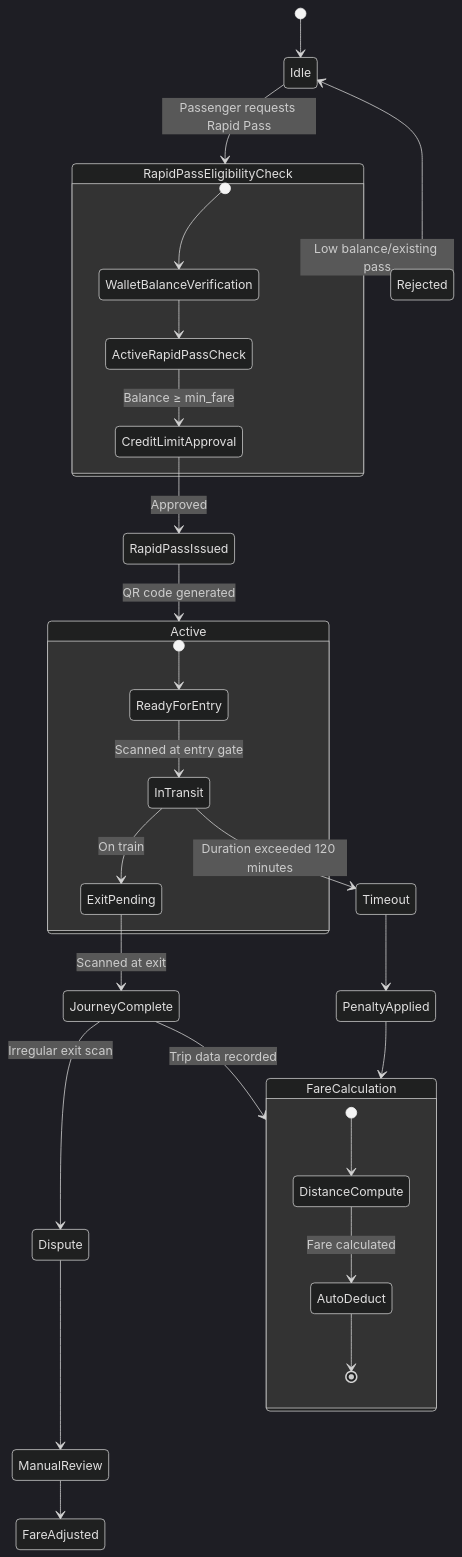
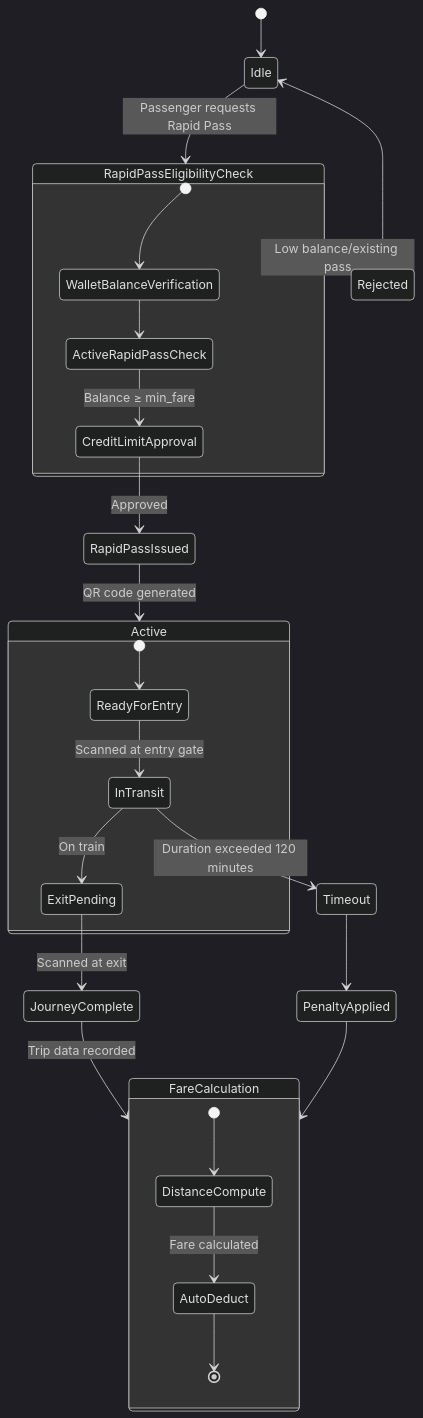
One commit to sujan-roy24/Demo-Practice changed the third of 3 diagrams in docs/system-design.md. Above: the diagram before and after it, drawn with Mermaid (dark theme). The commit also changed other lines of this file, not shown here.

````diff
--- a/docs/system-design.md
+++ b/docs/system-design.md
@@ -189,42 +189,39 @@
 ```mermaid
 stateDiagram-v2
     [*] --> Idle
 
     Idle --> RapidPassEligibilityCheck: Passenger requests Rapid Pass
     
     state RapidPassEligibilityCheck {
         [*] --> WalletBalanceVerification
         WalletBalanceVerification --> ActiveRapidPassCheck
         ActiveRapidPassCheck --> CreditLimitApproval: Balance ≥ min_fare
     }
     
     CreditLimitApproval --> RapidPassIssued: Approved
     RapidPassIssued --> Active: QR code generated
     
     state Active {
         [*] --> ReadyForEntry
         ReadyForEntry --> InTransit: Scanned at entry gate
         InTransit --> ExitPending: On train
     }
     
     ExitPending --> JourneyComplete: Scanned at exit
     JourneyComplete --> FareCalculation: Trip data recorded
     
     state FareCalculation {
         [*] --> DistanceCompute
         DistanceCompute --> AutoDeduct: Fare calculated
         AutoDeduct --> [*]
     }
     
     %% Error/Alternative Flows
     RapidPassEligibilityCheck --> Rejected: Low balance/existing pass
     Rejected --> Idle
     
     InTransit --> Timeout: Duration exceeded 120 minutes
     Timeout --> PenaltyApplied
     PenaltyApplied --> FareCalculation
     
-    JourneyComplete --> Dispute: Irregular exit scan
-    Dispute --> ManualReview
-    ManualReview --> FareAdjusted
 ```
````
